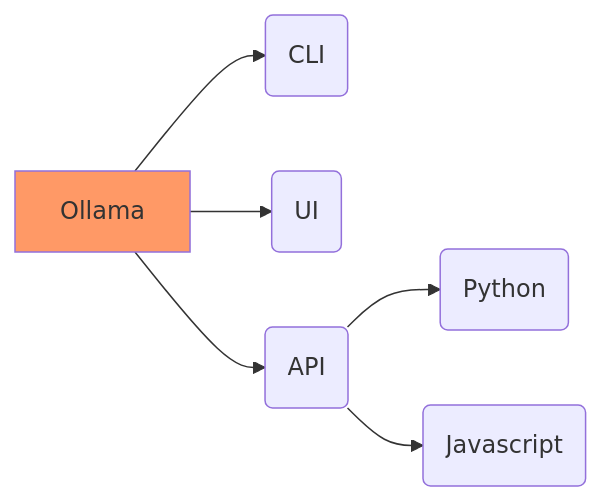
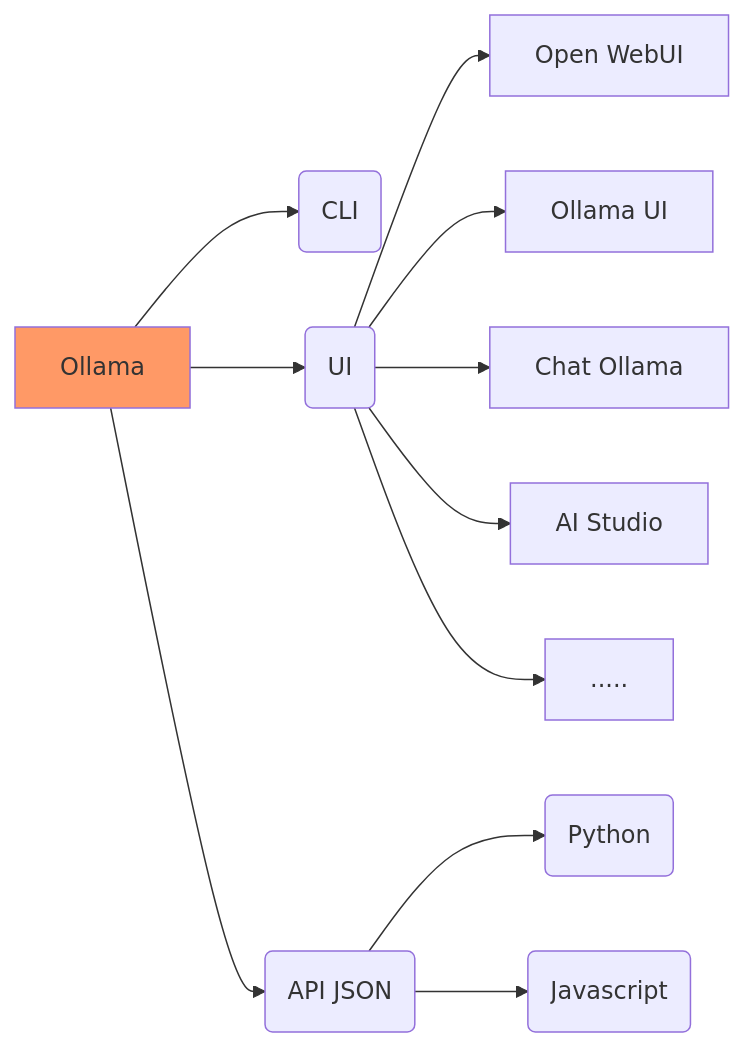
Before and after one commit to ati-ozgur/kurs-ollama: the diagram in diagrams/ollama-applications.md, drawn with Mermaid. The commit also changed 1 other file, not shown here.

Commit message:
figure changed

````diff
--- a/diagrams/ollama-applications.md
+++ b/diagrams/ollama-applications.md
@@ -1,11 +1,16 @@
 ```{mermaid}
 %%| fig-width: 2
 flowchart LR
     O[Ollama] --> C(CLI)
     O --> UI(UI)
-    O --> A(API)
+    UI --> UI1[Open WebUI]
+    UI --> UI2[Ollama UI]
+    UI --> UI3[Chat Ollama]
+    UI --> UI4[AI Studio]
+    UI --> UI5[.....]
+    O --> A(API JSON)
     A --> P(Python)
     A --> JS(Javascript)
 
     style O fill:#f96
 ```
````
